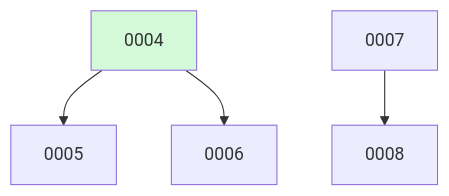
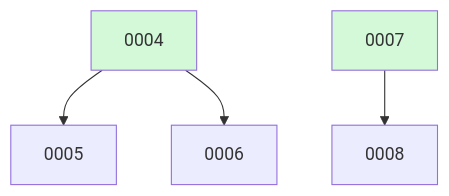
The diagram in docs/changes/BOARD.md (ethanhinson/llm-research-agent), drawn with Mermaid before and after one commit. The commit also changed other lines of this file, not shown here.

````diff
--- a/docs/changes/BOARD.md
+++ b/docs/changes/BOARD.md
@@ -19,9 +13,9 @@
 ```mermaid
 graph TD
   0004 --> 0005
   0004 --> 0006
-  0007
   0007 --> 0008
   0004:::done
+  0007:::done
   classDef done fill:#d3f9d8;
 ```
````
